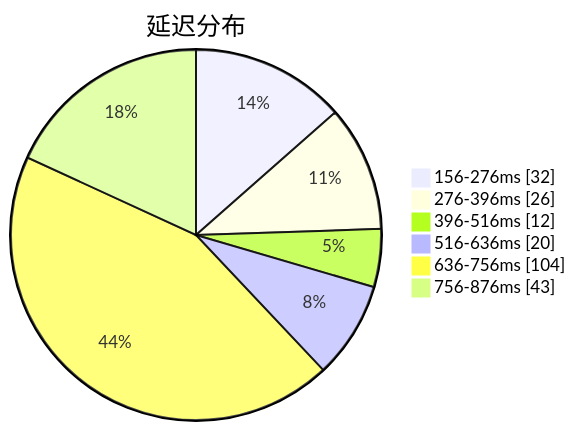
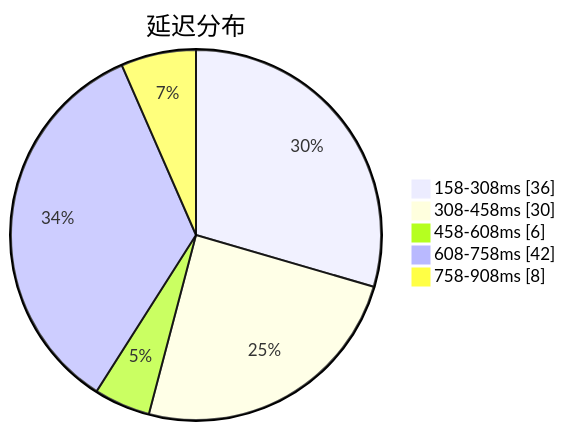
Before and after one commit to qjlxg/airport: the first of 3 diagrams in subs/statistics/tested_within.md, drawn with Mermaid. The commit also changed other lines of this file and 2 other files, not shown here.

````diff
--- a/subs/statistics/tested_within.md
+++ b/subs/statistics/tested_within.md
@@ -2,10 +2,9 @@
 ```mermaid
 pie showData
 title 延迟分布
-"156-276ms" : 32
-"276-396ms" : 26
-"396-516ms" : 12
-"516-636ms" : 20
-"636-756ms" : 104
-"756-876ms" : 43
+"158-308ms" : 36
+"308-458ms" : 30
+"458-608ms" : 6
+"608-758ms" : 42
+"758-908ms" : 8
 ```
````
